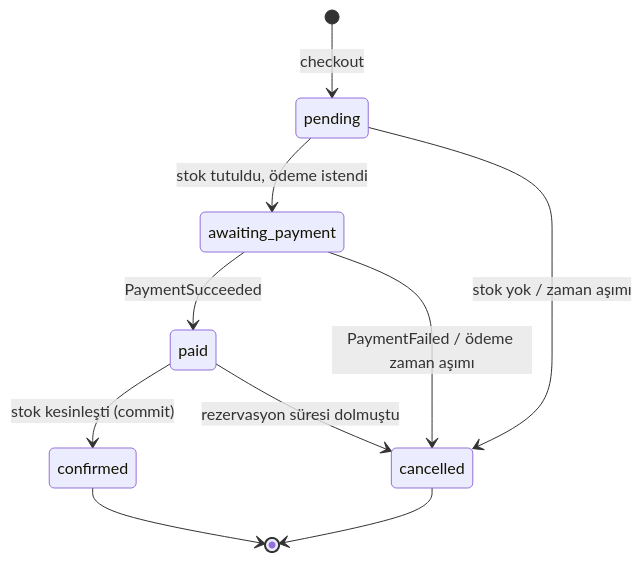
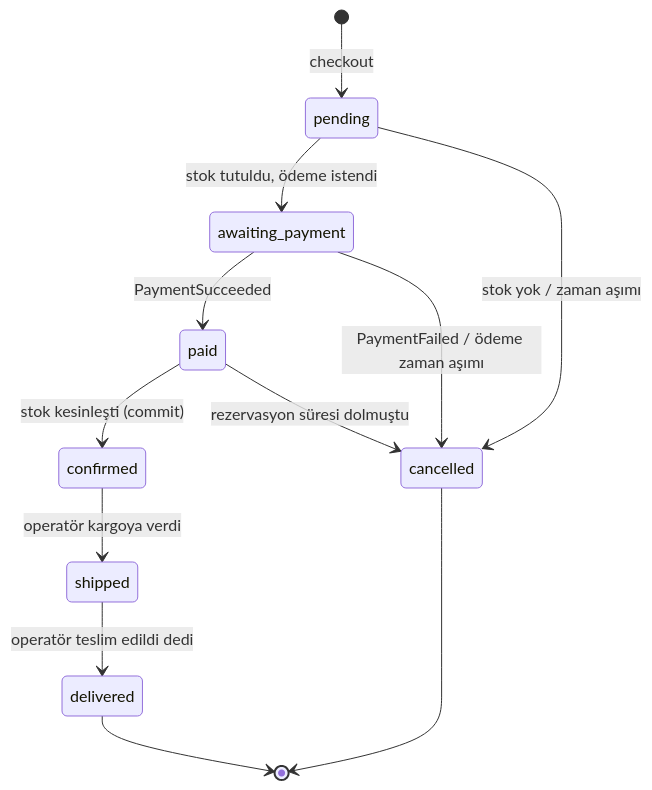
One commit to Furkanturan8/rovena changed the first of 2 diagrams in docs/notes/14-order-servisi-ve-saga.md. Above: the diagram before and after it, drawn with Mermaid. The commit also changed other lines of this file and 4 other files, not shown here.

````diff
--- a/docs/notes/14-order-servisi-ve-saga.md
+++ b/docs/notes/14-order-servisi-ve-saga.md
@@ -27,12 +27,14 @@
 ```mermaid
 stateDiagram-v2
     [*] --> pending: checkout
     pending --> awaiting_payment: stok tutuldu, ödeme istendi
     pending --> cancelled: stok yok / zaman aşımı
     awaiting_payment --> paid: PaymentSucceeded
     awaiting_payment --> cancelled: PaymentFailed / ödeme zaman aşımı
     paid --> confirmed: stok kesinleşti (commit)
     paid --> cancelled: rezervasyon süresi dolmuştu
-    confirmed --> [*]
+    confirmed --> shipped: operatör kargoya verdi
+    shipped --> delivered: operatör teslim edildi dedi
+    delivered --> [*]
     cancelled --> [*]
 ```
````
